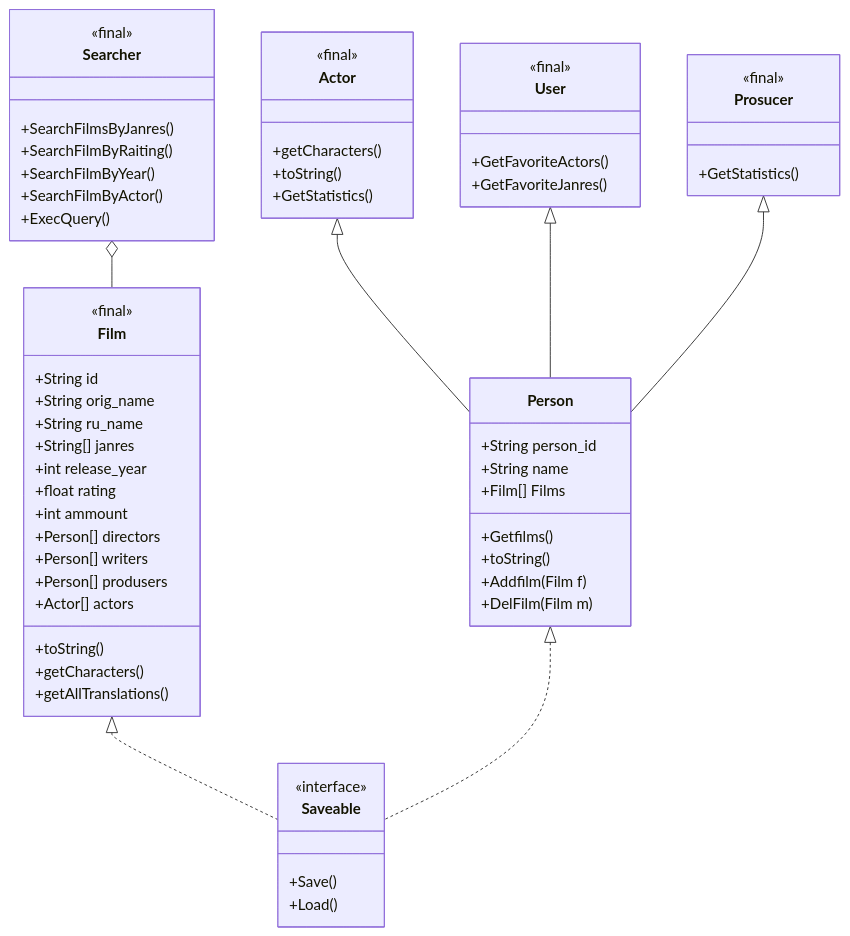
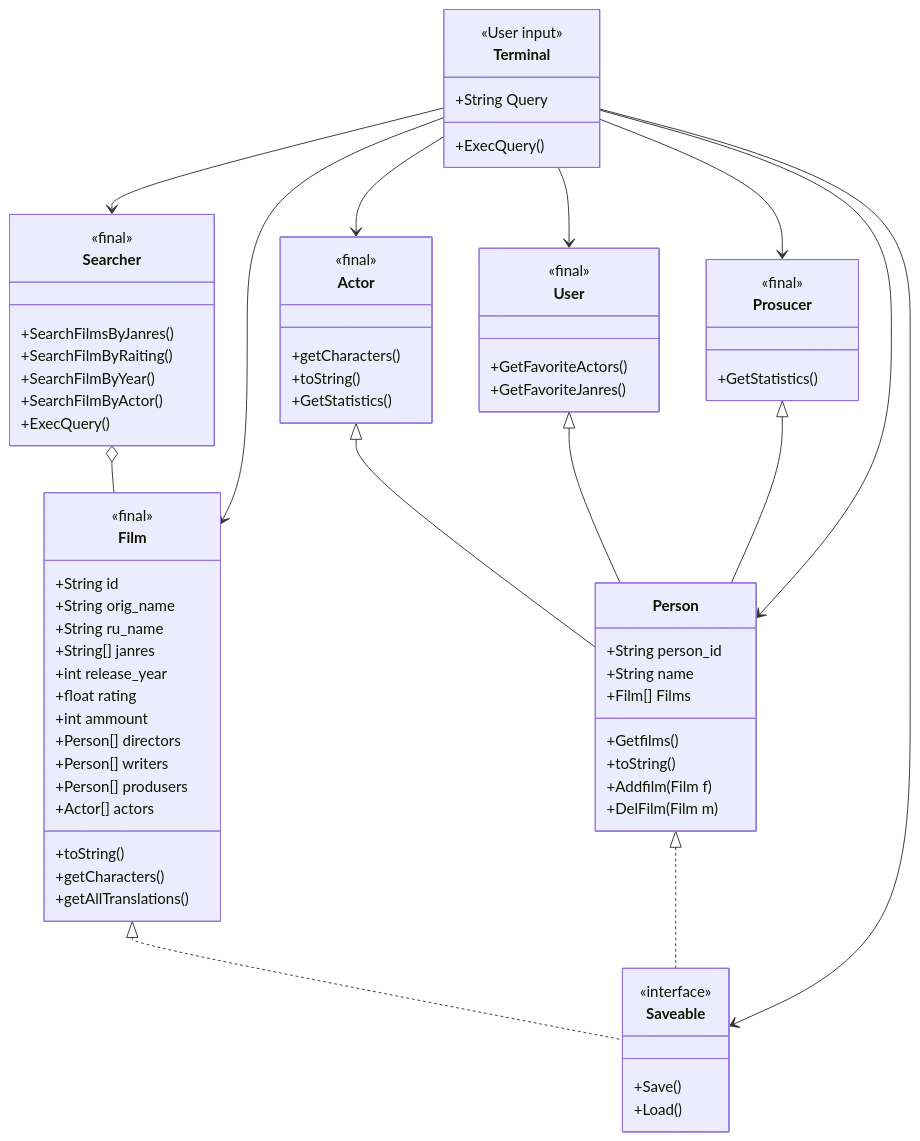
Before and after one commit to mmonastyrskiy/Programming_3_sem: the diagram in Java_OOP/Monastyrskiy/Java_project/docs/structure.md, drawn with Mermaid.

````diff
--- a/Java_OOP/Monastyrskiy/Java_project/docs/structure.md
+++ b/Java_OOP/Monastyrskiy/Java_project/docs/structure.md
@@ -14,5 +14,11 @@
 ```mermaid
 classDiagram
+    class Terminal{
+    <<User input>>
+    +String Query
+    +ExecQuery()
+    }
+    
     class Film{
     	<<final>>
     	+String id
@@ -86,5 +92,15 @@
     Person <|.. Saveable
     Searcher o-- Film
     
+    
+    Terminal --> Searcher
+    Terminal --> Actor
+    Terminal --> User
+    Terminal --> Saveable
+    Terminal --> Prosucer
+     Terminal --> Person
+      Terminal --> Film
+    
+    
 
 ```
````
